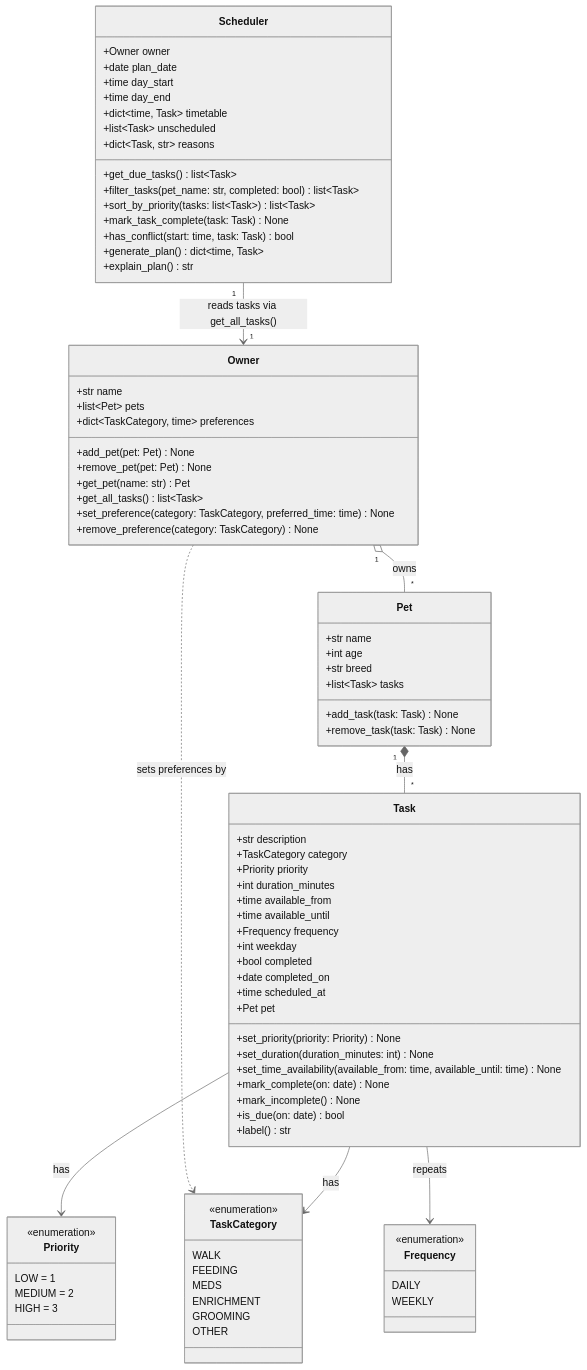
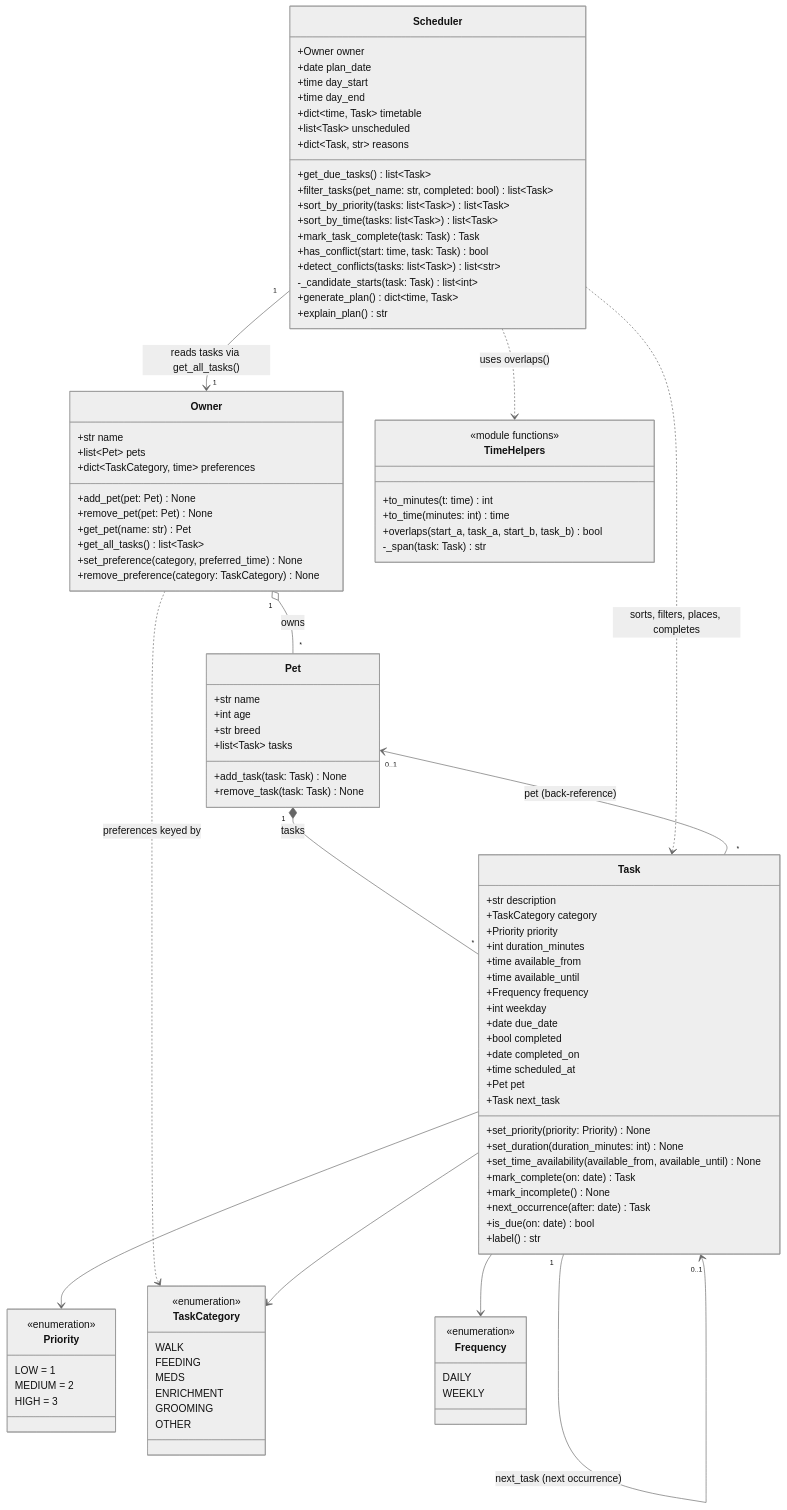
Before and after one commit to theresenvirata/ai110-module2show-pawpal-starter: the diagram in diagrams/uml.mmd, drawn with Mermaid (neutral theme). The commit also changed 5 other files, not shown here.

```diff
--- a/diagrams/uml.mmd
+++ b/diagrams/uml.mmd
@@ -1,93 +1,112 @@
 classDiagram
-    %% PawPal+ design. Keep this file updated so it matches your final implementation.
+    %% PawPal+ final design. Matches pawpal_system.py.
+    %% Phase 1 design: diagrams/uml_draft.mmd
 
     class Owner {
         +str name
         +list~Pet~ pets
         +dict~TaskCategory, time~ preferences
         +add_pet(pet: Pet) None
         +remove_pet(pet: Pet) None
         +get_pet(name: str) Pet
         +get_all_tasks() list~Task~
-        +set_preference(category: TaskCategory, preferred_time: time) None
+        +set_preference(category, preferred_time) None
         +remove_preference(category: TaskCategory) None
     }
 
     class Pet {
         +str name
         +int age
         +str breed
         +list~Task~ tasks
         +add_task(task: Task) None
         +remove_task(task: Task) None
+    }
+
+    class Task {
+        +str description
+        +TaskCategory category
+        +Priority priority
+        +int duration_minutes
+        +time available_from
+        +time available_until
+        +Frequency frequency
+        +int weekday
+        +date due_date
+        +bool completed
+        +date completed_on
+        +time scheduled_at
+        +Pet pet
+        +Task next_task
+        +set_priority(priority: Priority) None
+        +set_duration(duration_minutes: int) None
+        +set_time_availability(available_from, available_until) None
+        +mark_complete(on: date) Task
+        +mark_incomplete() None
+        +next_occurrence(after: date) Task
+        +is_due(on: date) bool
+        +label() str
+    }
+
+    class Scheduler {
+        +Owner owner
+        +date plan_date
+        +time day_start
+        +time day_end
+        +dict~time, Task~ timetable
+        +list~Task~ unscheduled
+        +dict~Task, str~ reasons
+        +get_due_tasks() list~Task~
+        +filter_tasks(pet_name: str, completed: bool) list~Task~
+        +sort_by_priority(tasks: list~Task~) list~Task~
+        +sort_by_time(tasks: list~Task~) list~Task~
+        +mark_task_complete(task: Task) Task
+        +has_conflict(start: time, task: Task) bool
+        +detect_conflicts(tasks: list~Task~) list~str~
+        -_candidate_starts(task: Task) list~int~
+        +generate_plan() dict~time, Task~
+        +explain_plan() str
+    }
+
+    class TimeHelpers {
+        <<module functions>>
+        +to_minutes(t: time) int
+        +to_time(minutes: int) time
+        +overlaps(start_a, task_a, start_b, task_b) bool
+        -_span(task: Task) str
     }
 
     class Priority {
         <<enumeration>>
         LOW = 1
         MEDIUM = 2
         HIGH = 3
     }
 
     class TaskCategory {
         <<enumeration>>
         WALK
         FEEDING
         MEDS
         ENRICHMENT
         GROOMING
         OTHER
     }
 
     class Frequency {
         <<enumeration>>
         DAILY
         WEEKLY
     }
 
-    class Task {
-        +str description
-        +TaskCategory category
-        +Priority priority
-        +int duration_minutes
-        +time available_from
-        +time available_until
-        +Frequency frequency
-        +int weekday
-        +bool completed
-        +date completed_on
-        +time scheduled_at
-        +Pet pet
-        +set_priority(priority: Priority) None
-        +set_duration(duration_minutes: int) None
-        +set_time_availability(available_from: time, available_until: time) None
-        +mark_complete(on: date) None
-        +mark_incomplete() None
-        +is_due(on: date) bool
-        +label() str
-    }
-
-    class Scheduler {
-        +Owner owner
-        +date plan_date
-        +time day_start
-        +time day_end
-        +dict~time, Task~ timetable
-        +list~Task~ unscheduled
-        +dict~Task, str~ reasons
-        +get_due_tasks() list~Task~
-        +filter_tasks(pet_name: str, completed: bool) list~Task~
-        +sort_by_priority(tasks: list~Task~) list~Task~
-        +mark_task_complete(task: Task) None
-        +has_conflict(start: time, task: Task) bool
-        +generate_plan() dict~time, Task~
-        +explain_plan() str
-    }
-
     Owner "1" o-- "*" Pet : owns
-    Pet "1" *-- "*" Task : has
+    Pet "1" *-- "*" Task : tasks
+    Task "*" --> "0..1" Pet : pet (back-reference)
+    Task "1" --> "0..1" Task : next_task (next occurrence)
     Scheduler "1" --> "1" Owner : reads tasks via get_all_tasks()
-    Owner ..> TaskCategory : sets preferences by
-    Task --> Priority : has
-    Task --> TaskCategory : has
-    Task --> Frequency : repeats
+    Scheduler ..> Task : sorts, filters, places, completes
+    Scheduler ..> TimeHelpers : uses overlaps()
+    Owner ..> TaskCategory : preferences keyed by
+    Task --> Priority
+    Task --> TaskCategory
+    Task --> Frequency
```
